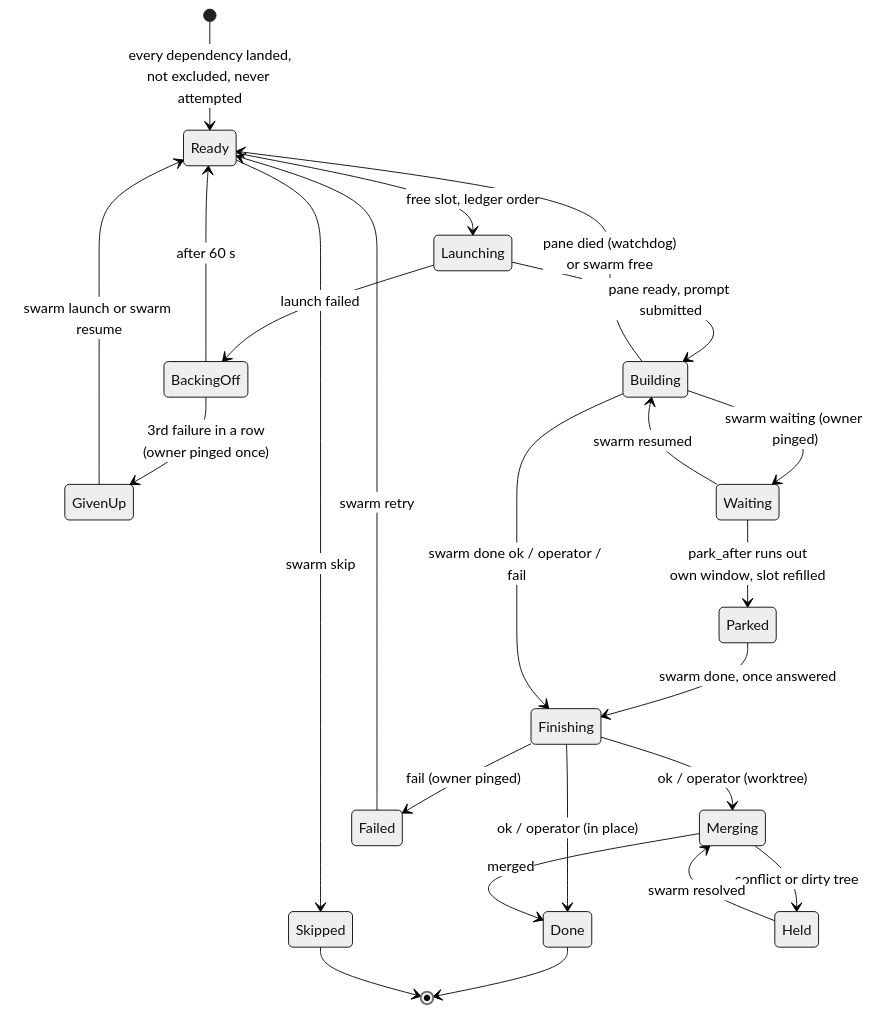
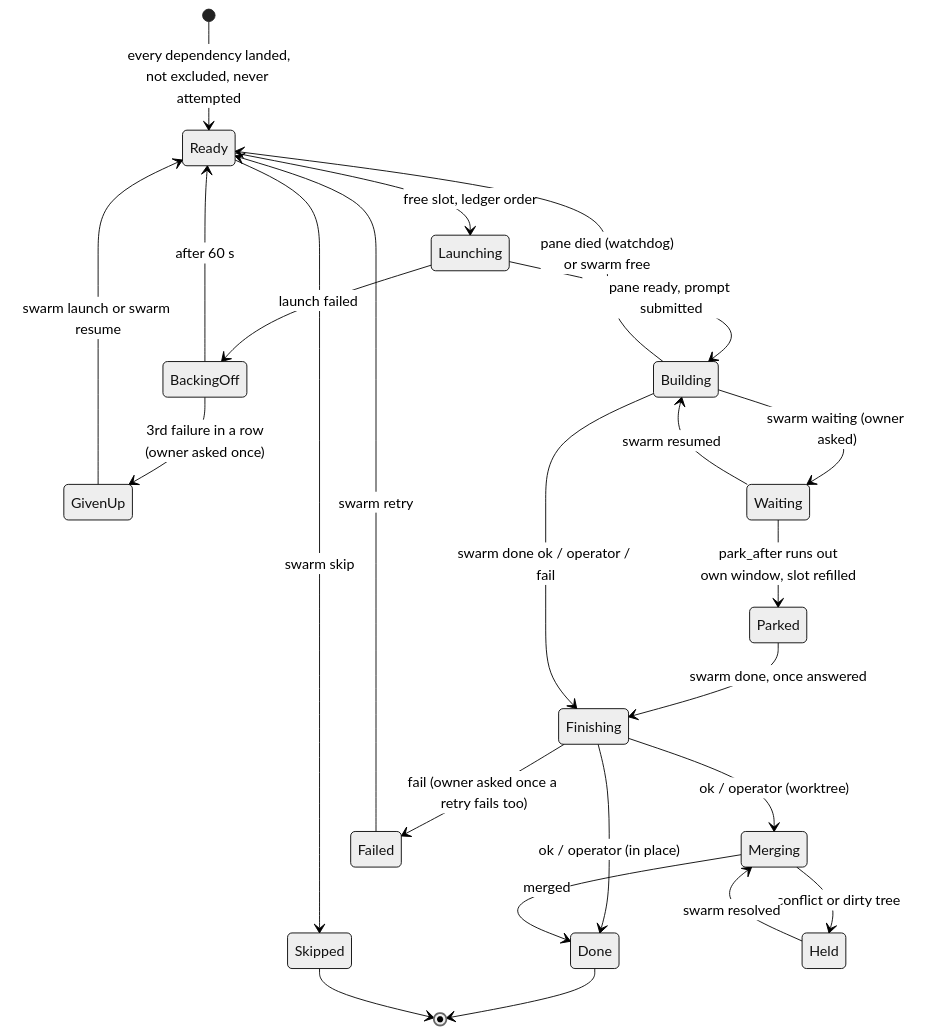
Before and after one commit to sezaiarda/swarm-orchestrator: the fifth of 5 diagrams in README.md, drawn with Mermaid (neutral theme). The commit also changed other lines of this file and 68 other files, not shown here.

````diff
--- a/README.md
+++ b/README.md
@@ -621,31 +626,31 @@
 ```mermaid
 stateDiagram-v2
   direction TB
   [*] --> Ready: every dependency landed,<br/>not excluded, never attempted
   Ready --> Launching: free slot, ledger order
   Ready --> Skipped: swarm skip
   Launching --> Building: pane ready, prompt submitted
   Launching --> BackingOff: launch failed
   BackingOff --> Ready: after 60 s
-  BackingOff --> GivenUp: 3rd failure in a row<br/>(owner pinged once)
+  BackingOff --> GivenUp: 3rd failure in a row<br/>(owner asked once)
   GivenUp --> Ready: swarm launch or swarm resume
 
-  Building --> Waiting: swarm waiting (owner pinged)
+  Building --> Waiting: swarm waiting (owner asked)
   Waiting --> Building: swarm resumed
   Waiting --> Parked: park_after runs out<br/>own window, slot refilled
   Parked --> Finishing: swarm done, once answered
 
   Building --> Finishing: swarm done ok / operator / fail
   Building --> Ready: pane died (watchdog)<br/>or swarm free
 
   state Finishing <<choice>>
   Finishing --> Merging: ok / operator (worktree)
   Finishing --> Done: ok / operator (in place)
-  Finishing --> Failed: fail (owner pinged)
+  Finishing --> Failed: fail (owner asked once a retry fails too)
   Merging --> Held: conflict or dirty tree
   Held --> Merging: swarm resolved
   Merging --> Done: merged
   Failed --> Ready: swarm retry
   Done --> [*]
   Skipped --> [*]
 ```
````
